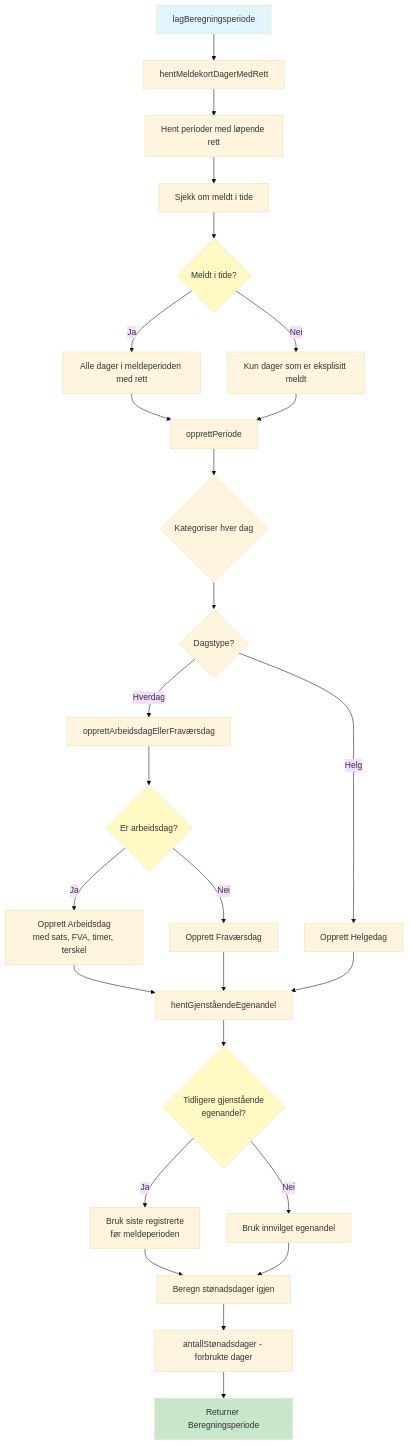
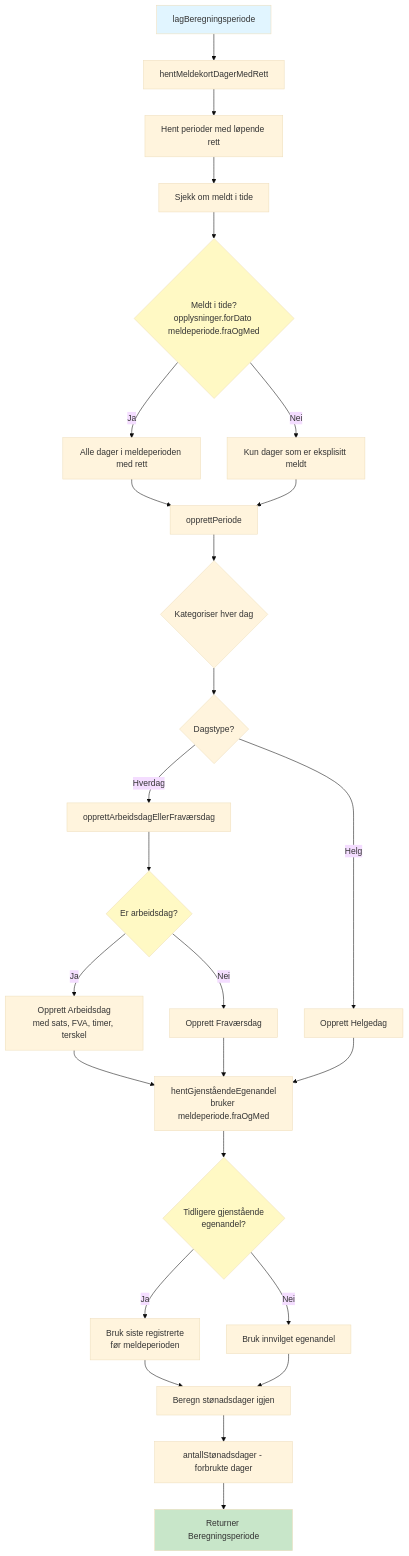
The third of 9 diagrams in docs/beregning-meldekort-flyt.md (navikt/dp-behandling), drawn with Mermaid (base theme) before and after one commit. The commit also changed other lines of this file, not shown here.

Commit message:
Endret dokumentasjon på meldekortberegning etter å ha gått bort fra navnet "bøtter" til "satsgrupper"

````diff
--- a/docs/beregning-meldekort-flyt.md
+++ b/docs/beregning-meldekort-flyt.md
@@ -99,45 +115,45 @@
 ```mermaid
 flowchart TD
     START[lagBeregningsperiode] --> A[hentMeldekortDagerMedRett]
     
     A --> A1[Hent perioder med løpende rett]
     A1 --> A2[Sjekk om meldt i tide]
     
-    A2 --> A3{Meldt i tide?}
+    A2 --> A3{Meldt i tide?<br/>opplysninger.forDato meldeperiode.fraOgMed}
     A3 -->|Ja| A4[Alle dager i meldeperioden med rett]
     A3 -->|Nei| A5[Kun dager som er eksplisitt meldt]
     
     A4 --> B[opprettPeriode]
     A5 --> B
     
     B --> B1{Kategoriser hver dag}
     
     B1 --> B2{Dagstype?}
     B2 -->|Hverdag| B3[opprettArbeidsdagEllerFraværsdag]
     B2 -->|Helg| B4[Opprett Helgedag]
     
     B3 --> B5{Er arbeidsdag?}
     B5 -->|Ja| B6[Opprett Arbeidsdag<br/>med sats, FVA, timer, terskel]
     B5 -->|Nei| B7[Opprett Fraværsdag]
     
     B6 --> C
     B7 --> C
     B4 --> C
     
-    C[hentGjenståendeEgenandel] --> C1{Tidligere gjenstående<br/>egenandel?}
+    C[hentGjenståendeEgenandel<br/>bruker meldeperiode.fraOgMed] --> C1{Tidligere gjenstående<br/>egenandel?}
     C1 -->|Ja| C2[Bruk siste registrerte<br/>før meldeperioden]
     C1 -->|Nei| C3[Bruk innvilget egenandel]
     
     C2 --> D
     C3 --> D
     
     D[Beregn stønadsdager igjen] --> D1[antallStønadsdager - forbrukte dager]
     
     D1 --> E[Returner Beregningsperiode]
     
     style START fill:#e1f5ff
     style E fill:#c8e6c9
     style B5 fill:#fff9c4
     style A3 fill:#fff9c4
     style C1 fill:#fff9c4
 ```
````
